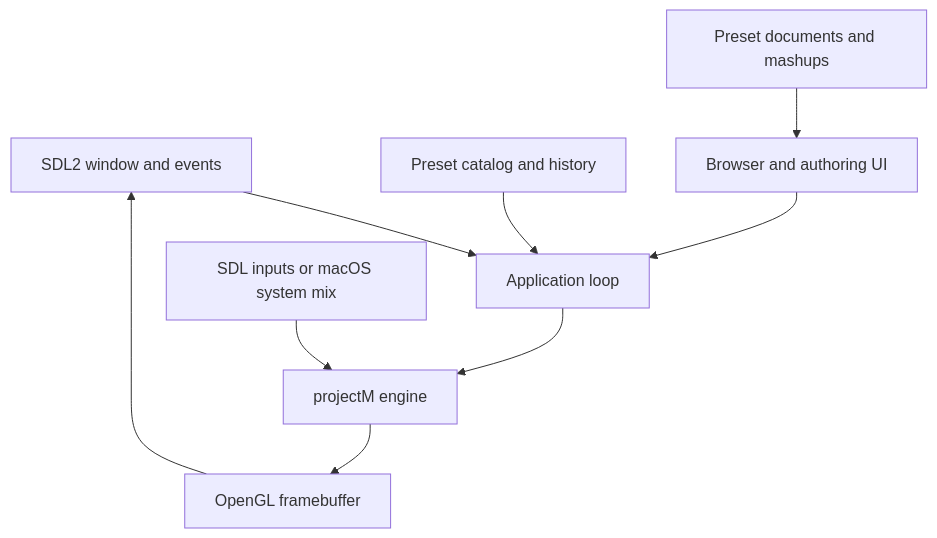
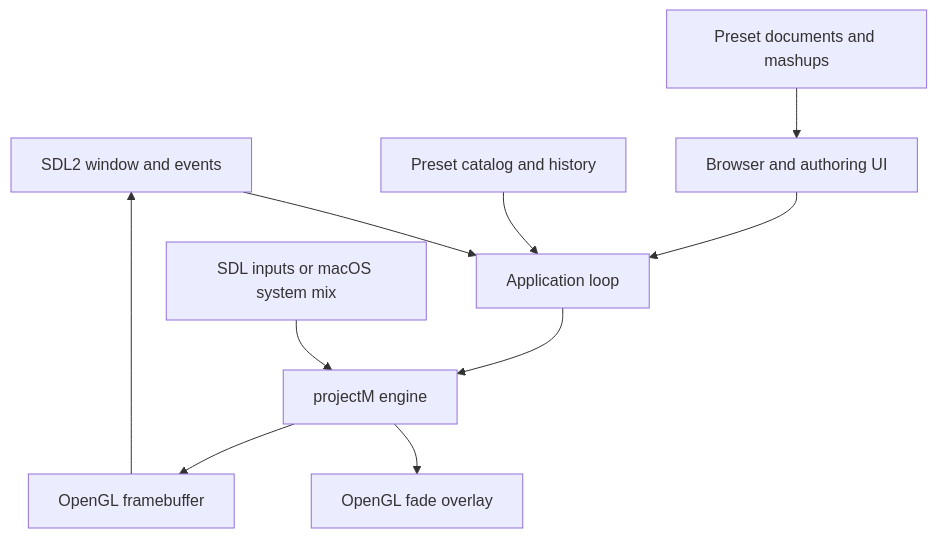
The diagram in docs/ARCHITECTURE.md (P-O-P-E/milkdrop3-linux-native), drawn with Mermaid before and after one commit. The commit also changed other lines of this file and 12 other files, not shown here.

````diff
--- a/docs/ARCHITECTURE.md
+++ b/docs/ARCHITECTURE.md
@@ -11,11 +11,12 @@
 ```mermaid
 flowchart TD
     SDL[SDL2 window and events] --> App[Application loop]
     Audio[SDL inputs or macOS system mix] --> Engine[projectM engine]
+    Engine --> Fade[OpenGL fade overlay]
     Catalog[Preset catalog and history] --> App
     UI[Browser and authoring UI] --> App
     Documents[Preset documents and mashups] --> UI
     App --> Engine
     Engine --> GL[OpenGL framebuffer]
     GL --> SDL
 ```
````
